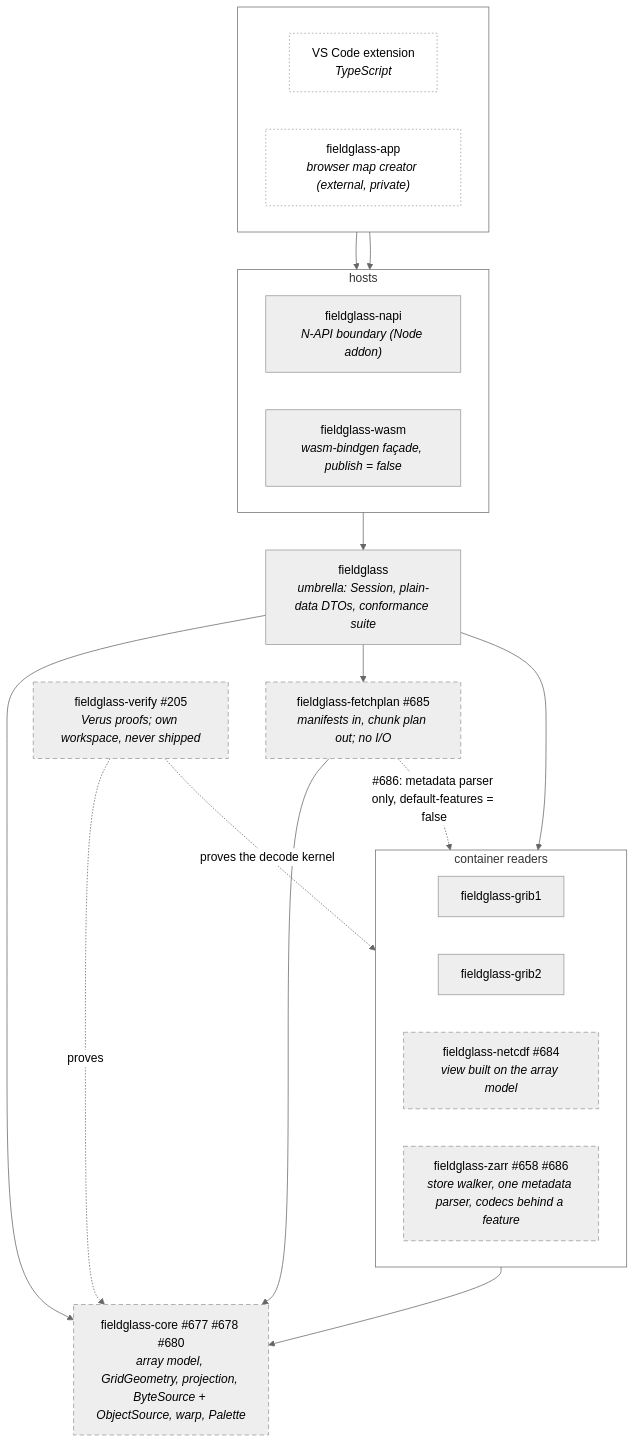
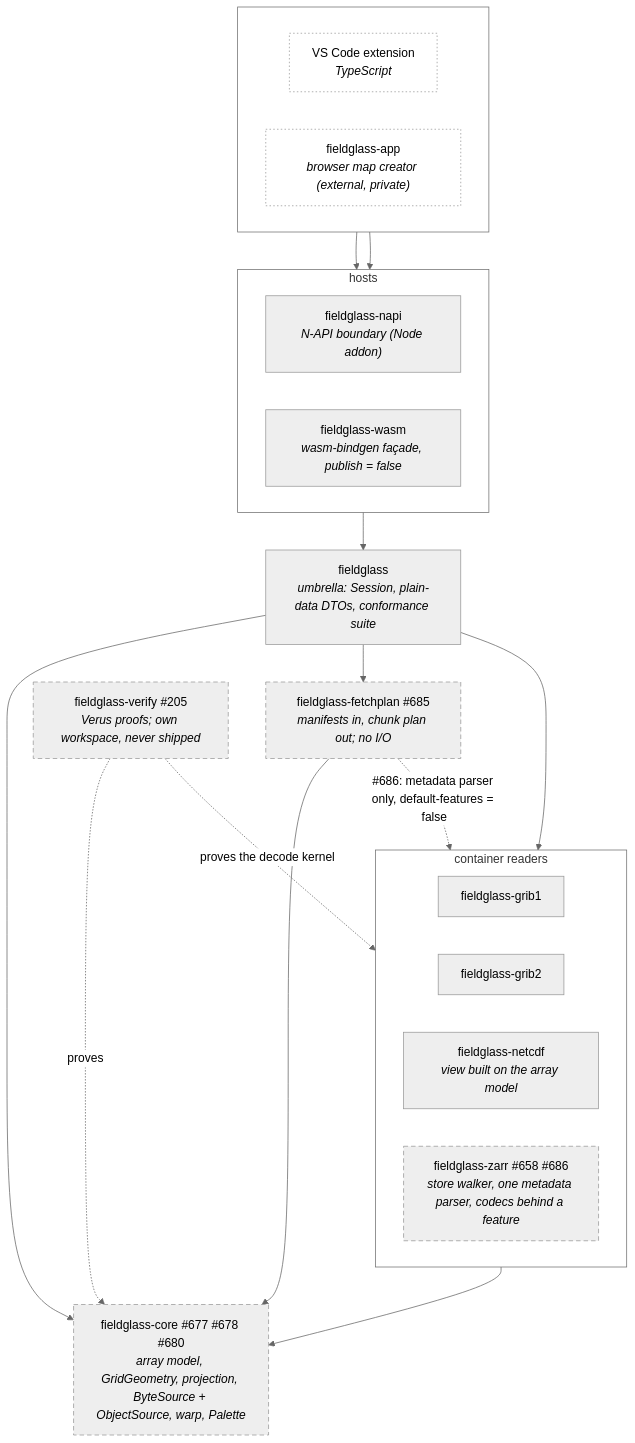
The diagram in docs/architecture/planned/01-crates.md (D0ubleD0uble/fieldglass), drawn with Mermaid (neutral theme) before and after one commit. The commit also changed other lines of this file and 1 other file, not shown here.

Commit message:
docs(architecture): the NetCDF view is on the array model
#684 and #682 have both shipped, so the planned crate graph stops drawing
fieldglass-netcdf as planned and the trait-seams diagram says the view is
built on the model rather than will be.

Claude-Session: https://claude.ai/code/session_012rCs3XTmyWNsXnC6W5NSNF

````diff
--- a/docs/architecture/planned/01-crates.md
+++ b/docs/architecture/planned/01-crates.md
@@ -16,43 +16,43 @@
 ```mermaid
 flowchart TB
     subgraph consumers[" "]
         direction LR
         ext["VS Code extension<br/><i>TypeScript</i>"]
         app["fieldglass-app<br/><i>browser map creator (external, private)</i>"]
     end
     subgraph hosts["hosts"]
         direction LR
         napi["fieldglass-napi<br/><i>N-API boundary (Node addon)</i>"]
         wasm["fieldglass-wasm<br/><i>wasm-bindgen façade, publish = false</i>"]
     end
     api["fieldglass<br/><i>umbrella: Session, plain-data DTOs, conformance suite</i>"]
     subgraph containers["container readers"]
         direction LR
         grib1["fieldglass-grib1"]
         grib2["fieldglass-grib2"]
-        netcdf["fieldglass-netcdf #684<br/><i>view built on the array model</i>"]
+        netcdf["fieldglass-netcdf<br/><i>view built on the array model</i>"]
         zarr["fieldglass-zarr #658 #686<br/><i>store walker, one metadata parser, codecs behind a feature</i>"]
     end
     fetchplan["fieldglass-fetchplan #685<br/><i>manifests in, chunk plan out; no I/O</i>"]
     core["fieldglass-core #677 #678 #680<br/><i>array model, GridGeometry, projection, ByteSource + ObjectSource, warp, Palette</i>"]
     verify["fieldglass-verify #205<br/><i>Verus proofs; own workspace, never shipped</i>"]
 
     ext --> napi
     app --> wasm
     hosts --> api
     api --> containers
     api --> core
     api --> fetchplan
     fetchplan --> core
     fetchplan -. "#686: metadata parser only, default-features = false" .-> zarr
     containers --> core
     verify -. proves the decode kernel .-> containers
     verify -. proves .-> core
 
     classDef planned stroke-dasharray: 6 4
     classDef external fill:none,stroke-dasharray: 2 3
     classDef group fill:none
-    class netcdf,zarr,fetchplan,core,verify planned
+    class zarr,fetchplan,core,verify planned
     class app,ext external
     class consumers,hosts,containers group
 ```
````
